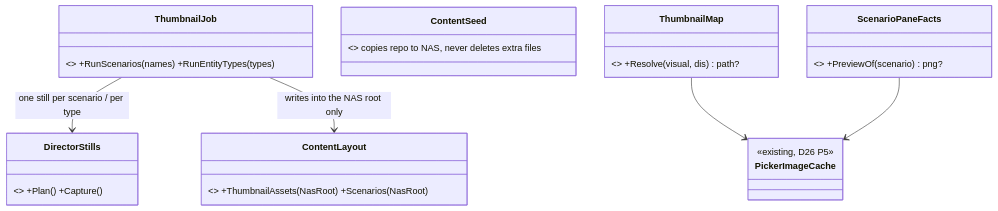
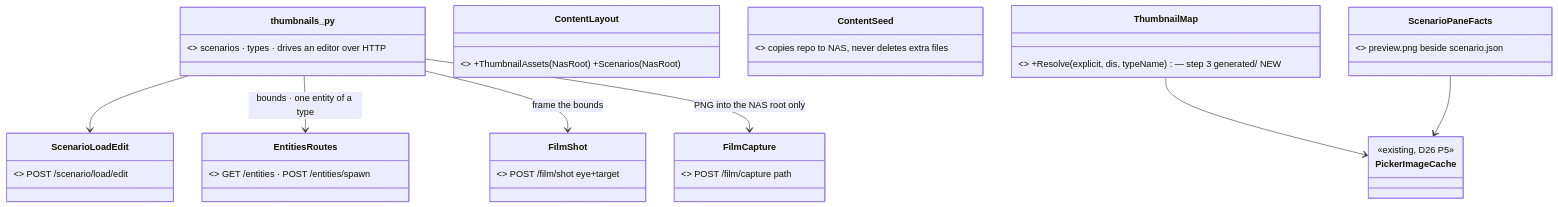
One commit to pjanec/HROT changed the fourth of 12 diagrams in docs/DESIGN_Add_Entity_Picker.md. Above: the diagram before and after it, drawn with Mermaid. The commit also changed other lines of this file, not shown here.

Commit message:
CE-4268: §2i — generate through the editor's own routes (/director/stills is Replay Browser only); ThumbnailMap step ③ generated/<type>.png
Claude-Session: https://claude.ai/code/session_01LUo7ZUvjqJtXwv1B39x11y

````diff
--- a/docs/DESIGN_Add_Entity_Picker.md
+++ b/docs/DESIGN_Add_Entity_Picker.md
@@ -417,14 +417,19 @@
 ```mermaid
 classDiagram
-  class ThumbnailJob { <<NEW, Hrot.Editor>> +RunScenarios(names) +RunEntityTypes(types) }
-  class DirectorStills { <<existing, CE-4059 P3>> +Plan() +Capture() }
+  class thumbnails_py { <<NEW, scripts/>> scenarios · types · drives an editor over HTTP }
+  class ScenarioLoadEdit { <<existing route>> POST /scenario/load/edit }
+  class EntitiesRoutes { <<existing routes>> GET /entities · POST /entities/spawn }
+  class FilmShot { <<existing route, CE-3289>> POST /film/shot eye+target }
+  class FilmCapture { <<existing route, CE-3289>> POST /film/capture path }
   class ContentLayout { <<existing>> +ThumbnailAssets(NasRoot) +Scenarios(NasRoot) }
   class ContentSeed { <<existing>> copies repo to NAS, never deletes extra files }
-  class ThumbnailMap { <<existing>> +Resolve(visual, dis) path? }
-  class ScenarioPaneFacts { <<existing>> +PreviewOf(scenario) png? }
+  class ThumbnailMap { <<existing>> +Resolve(explicit, dis, typeName) — step 3 generated/ NEW }
+  class ScenarioPaneFacts { <<existing>> preview.png beside scenario.json }
   class PickerImageCache { <<existing, D26 P5>> }
-  ThumbnailJob --> DirectorStills : one still per scenario / per type
-  ThumbnailJob --> ContentLayout : writes into the NAS root only
+  thumbnails_py --> ScenarioLoadEdit
+  thumbnails_py --> EntitiesRoutes : bounds · one entity of a type
+  thumbnails_py --> FilmShot : frame the bounds
+  thumbnails_py --> FilmCapture : PNG into the NAS root only
   ThumbnailMap --> PickerImageCache
   ScenarioPaneFacts --> PickerImageCache
 ```
````
